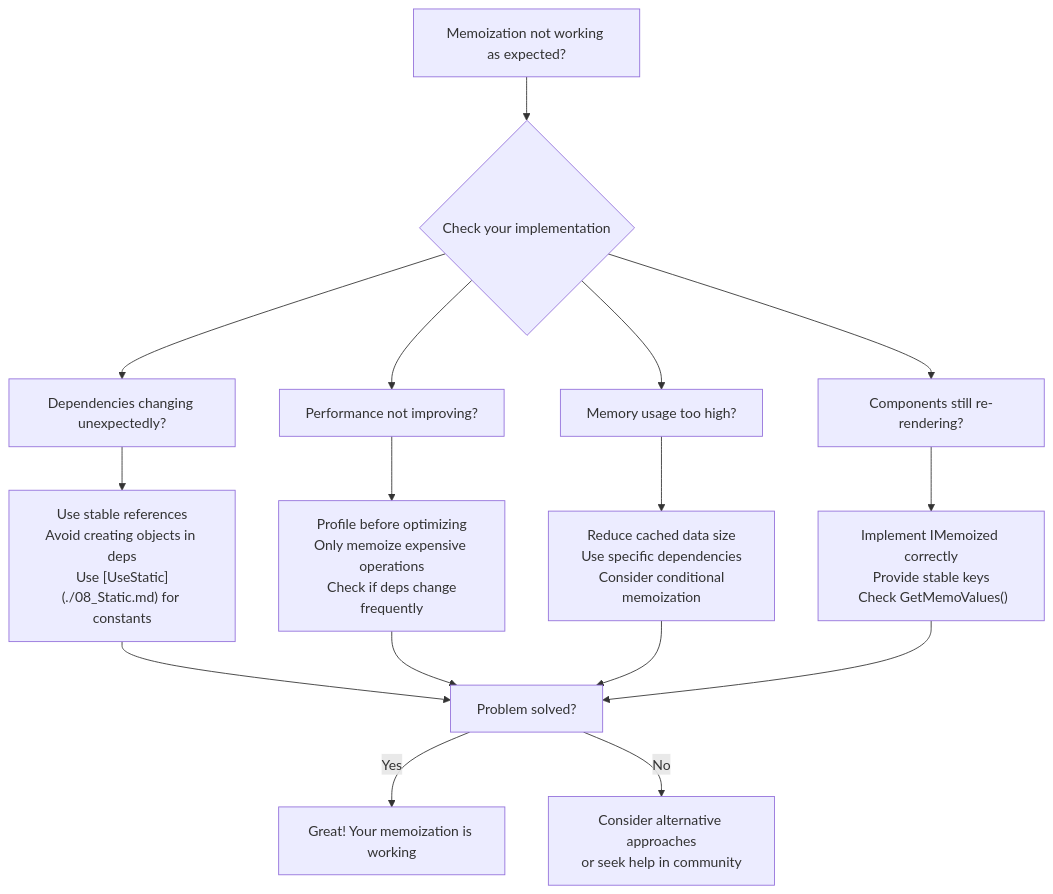
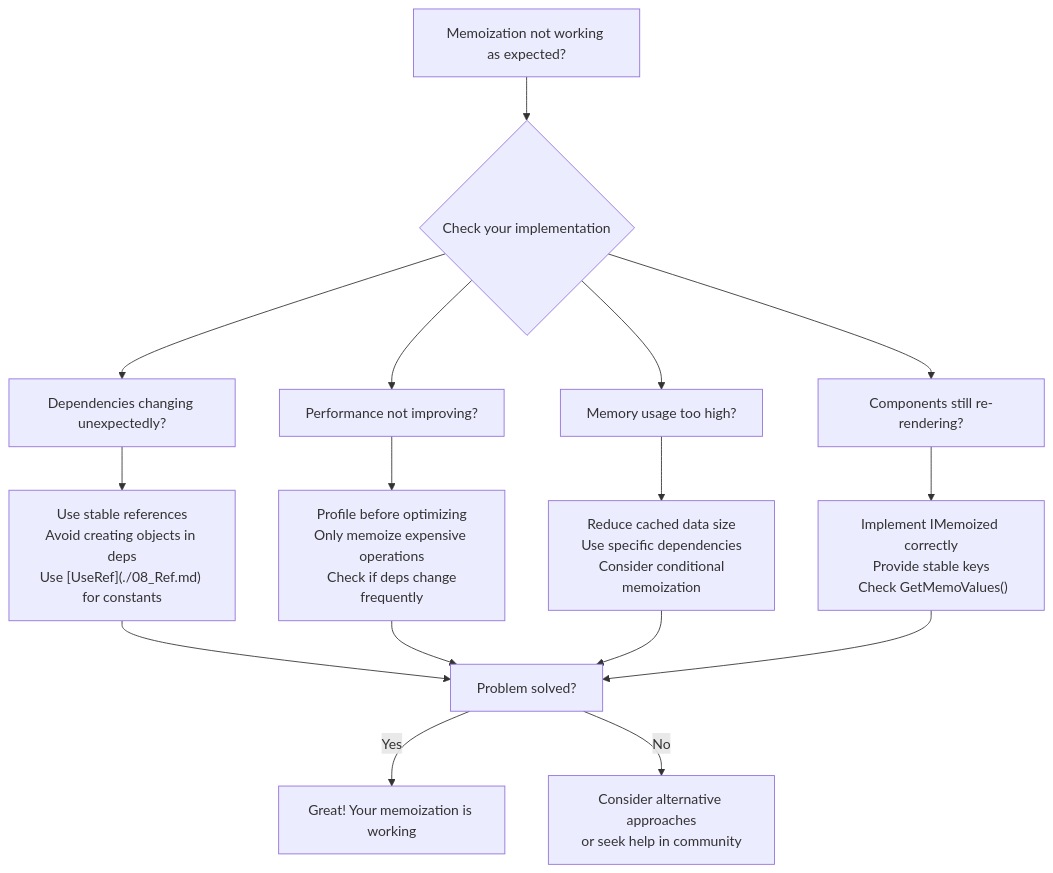
The fifth of 5 diagrams in Ivy.Docs.Shared/Docs/03_Hooks/Core/05_Memo.md (Ivy-Interactive/Ivy-Framework), drawn with Mermaid before and after one commit. The commit also changed other lines of this file and 5 other files, not shown here.

````diff
--- a/Ivy.Docs.Shared/Docs/03_Hooks/Core/05_Memo.md
+++ b/Ivy.Docs.Shared/Docs/03_Hooks/Core/05_Memo.md
@@ -426,22 +426,22 @@
 ```mermaid
 flowchart TD
     A["Memoization not working as expected?"] --> B{Check your implementation}
     
     B --> C["Dependencies changing unexpectedly?"]
     B --> D["Performance not improving?"]
     B --> E["Memory usage too high?"]
     B --> F["Components still re-rendering?"]
     
-    C --> C1["Use stable references<br/>Avoid creating objects in deps<br/>Use [UseStatic](./08_Static.md) for constants"]
+    C --> C1["Use stable references<br/>Avoid creating objects in deps<br/>Use [UseRef](./08_Ref.md) for constants"]
     D --> D1["Profile before optimizing<br/>Only memoize expensive operations<br/> Check if deps change frequently"]
     E --> E1["Reduce cached data size<br/>Use specific dependencies<br/> Consider conditional memoization"]
     F --> F1["Implement IMemoized correctly<br/>Provide stable keys<br/> Check GetMemoValues()"]
     
     C1 --> G["Problem solved?"]
     D1 --> G
     E1 --> G
     F1 --> G
     
     G -->|Yes| H["Great! Your memoization is working"]
     G -->|No| I["Consider alternative approaches<br/>or seek help in community"]
 ```
````
